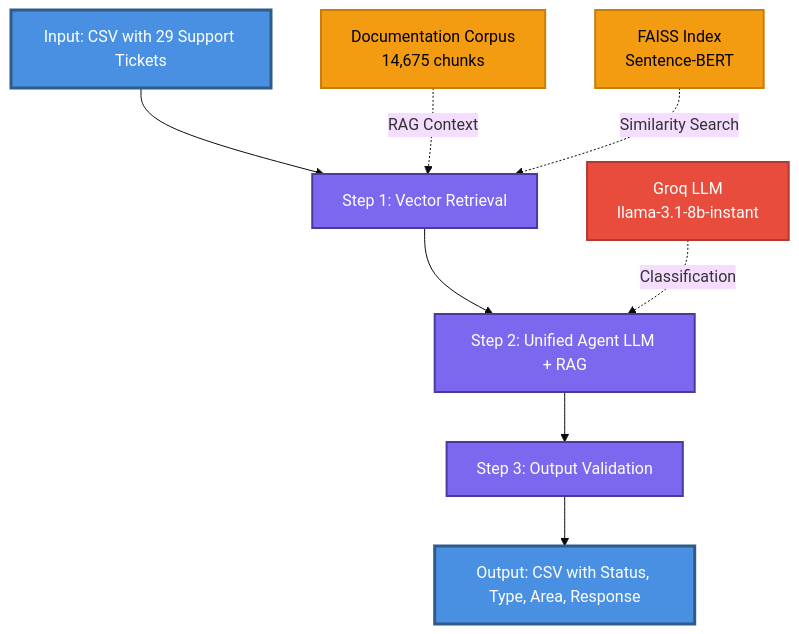
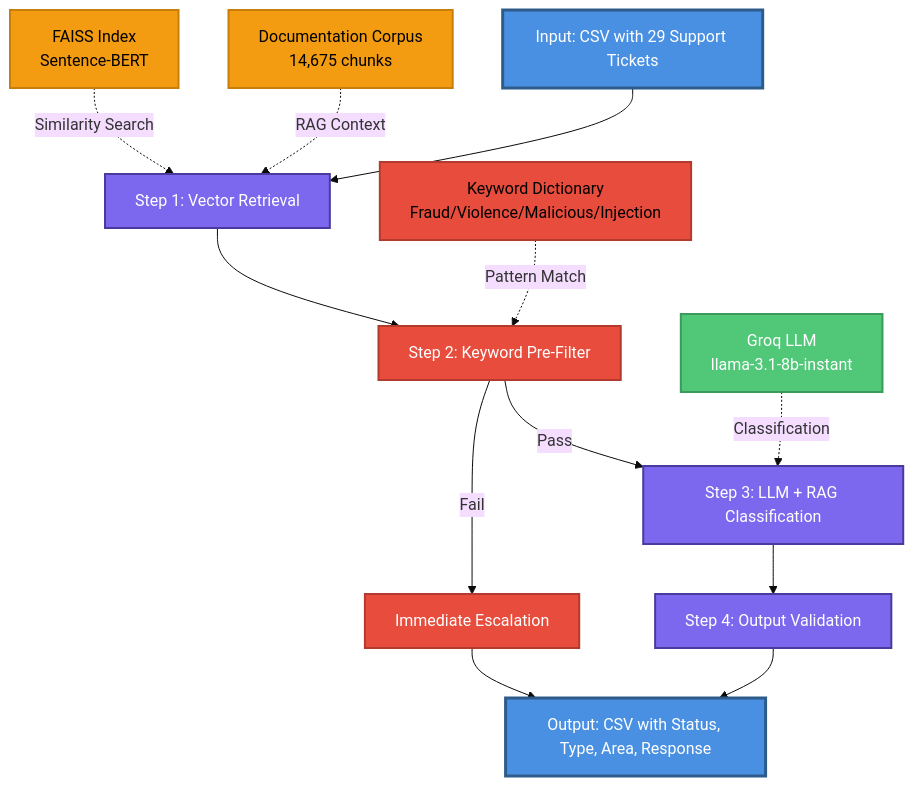
One commit to MohitSahoo/Multi-Domain-Support-Triage-Challenge changed the diagram in README.md. Above: the diagram before and after it, drawn with Mermaid (base theme). The commit also changed other lines of this file, not shown here.

First line of the commit message:
Update README architecture and technical specs

````diff
--- a/README.md
+++ b/README.md
@@ -42,20 +42,27 @@
 ```mermaid
 graph TB
     A[Input: CSV with 29 Support Tickets] --> B[Step 1: Vector Retrieval]
-    B --> C[Step 2: Unified Agent LLM + RAG]
-    C --> D[Step 3: Output Validation]
-    D --> E[Output: CSV with Status, Type, Area, Response]
+    B --> C[Step 2: Keyword Pre-Filter]
+    C -->|Pass| D[Step 3: LLM + RAG Classification]
+    C -->|Fail| H[Immediate Escalation]
+    D --> E[Step 4: Output Validation]
+    E --> F[Output: CSV with Status, Type, Area, Response]
+    H --> F
     
-    F[Documentation Corpus<br/>14,675 chunks] -.->|RAG Context| B
-    G[FAISS Index<br/>Sentence-BERT] -.->|Similarity Search| B
-    H[Groq LLM<br/>llama-3.1-8b-instant] -.->|Classification| C
+    G[Documentation Corpus<br/>14,675 chunks] -.->|RAG Context| B
+    I[FAISS Index<br/>Sentence-BERT] -.->|Similarity Search| B
+    J[Groq LLM<br/>llama-3.1-8b-instant] -.->|Classification| D
+    K[Keyword Dictionary<br/>Fraud/Violence/Malicious/Injection] -.->|Pattern Match| C
     
     style A fill:#4A90E2,stroke:#2E5C8A,stroke-width:3px,color:#fff
-    style E fill:#4A90E2,stroke:#2E5C8A,stroke-width:3px,color:#fff
+    style F fill:#4A90E2,stroke:#2E5C8A,stroke-width:3px,color:#fff
     style B fill:#7B68EE,stroke:#4B3A9E,stroke-width:2px,color:#fff
-    style C fill:#7B68EE,stroke:#4B3A9E,stroke-width:2px,color:#fff
+    style C fill:#E74C3C,stroke:#B53A2E,stroke-width:2px,color:#fff
     style D fill:#7B68EE,stroke:#4B3A9E,stroke-width:2px,color:#fff
-    style F fill:#F39C12,stroke:#C87F0A,stroke-width:2px,color:#000
+    style E fill:#7B68EE,stroke:#4B3A9E,stroke-width:2px,color:#fff
+    style H fill:#E74C3C,stroke:#B53A2E,stroke-width:2px,color:#fff
     style G fill:#F39C12,stroke:#C87F0A,stroke-width:2px,color:#000
-    style H fill:#E74C3C,stroke:#B53A2E,stroke-width:2px,color:#fff
+    style I fill:#F39C12,stroke:#C87F0A,stroke-width:2px,color:#000
+    style J fill:#50C878,stroke:#3A9B5C,stroke-width:2px,color:#fff
+    style K fill:#E74C3C,stroke:#B53A2E,stroke-width:2px,color:#000
 ```
````
